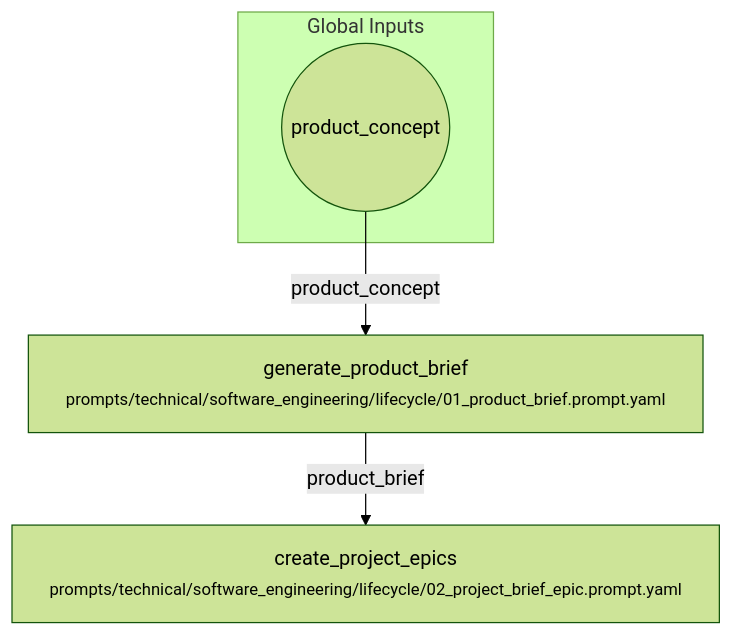
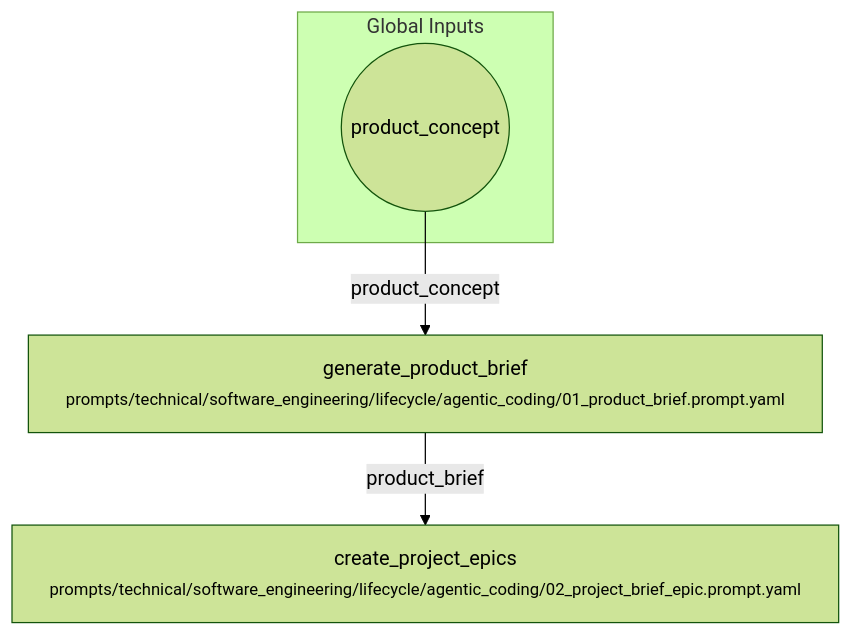
Before and after one commit to fderuiter/proompts: the diagram in workflows/technical/agentic_coding.workflow.md, drawn with Mermaid (forest theme). The commit also changed 31 other files, not shown here.

````diff
--- a/workflows/technical/agentic_coding.workflow.md
+++ b/workflows/technical/agentic_coding.workflow.md
@@ -7,10 +7,10 @@
 ```mermaid
 flowchart TD
     subgraph Inputs [Global Inputs]
         inp_product_concept((product_concept))
     end
-    generate_product_brief["generate_product_brief<br/><small>prompts/technical/software_engineering/lifecycle/01_product_brief.prompt.yaml</small>"]
-    create_project_epics["create_project_epics<br/><small>prompts/technical/software_engineering/lifecycle/02_project_brief_epic.prompt.yaml</small>"]
+    generate_product_brief["generate_product_brief<br/><small>prompts/technical/software_engineering/lifecycle/agentic_coding/01_product_brief.prompt.yaml</small>"]
+    create_project_epics["create_project_epics<br/><small>prompts/technical/software_engineering/lifecycle/agentic_coding/02_project_brief_epic.prompt.yaml</small>"]
     inp_product_concept -->|product_concept| generate_product_brief
     generate_product_brief -->|product_brief| create_project_epics
 ```
````
